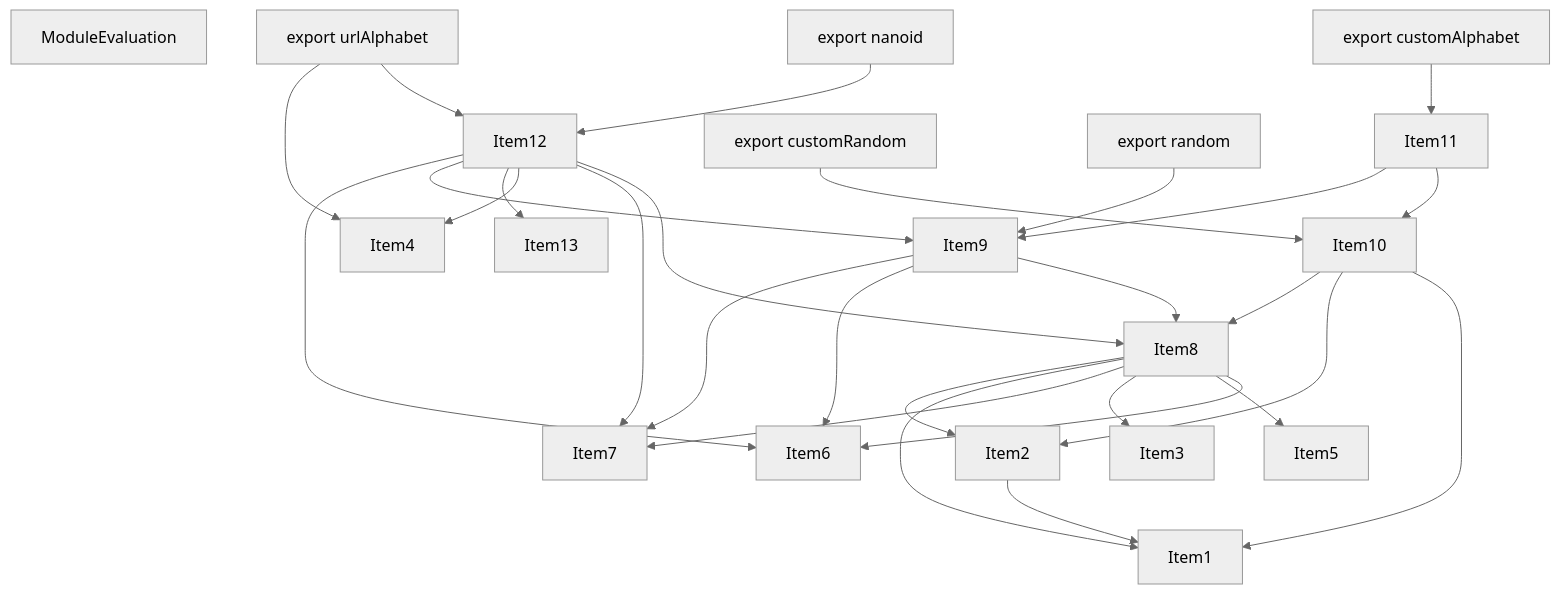
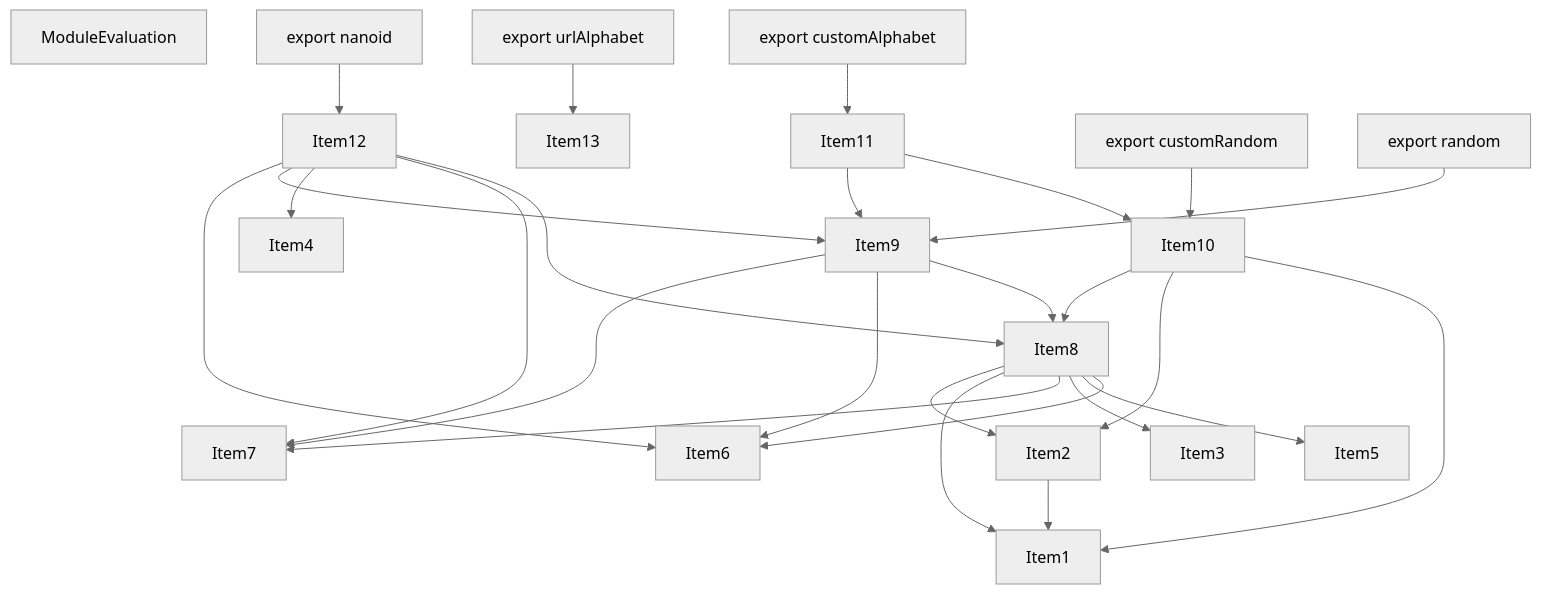
Before and after one commit to penicillin0/next.js: the second of 5 diagrams in turbopack/crates/turbopack-ecmascript/tests/tree-shaker/analyzer/nanoid/output.md, drawn with Mermaid (neutral theme). The commit also changed other lines of this file and 1 other file, not shown here.

````diff
--- a/turbopack/crates/turbopack-ecmascript/tests/tree-shaker/analyzer/nanoid/output.md
+++ b/turbopack/crates/turbopack-ecmascript/tests/tree-shaker/analyzer/nanoid/output.md
@@ -206,55 +206,53 @@
 ```mermaid
 graph TD
     Item1;
     Item3;
     Item2;
     Item4;
     Item5;
     Item6;
     Item7;
     Item8;
     Item9;
     Item10;
     Item11;
     Item12;
     Item13;
     Item14;
     Item14["ModuleEvaluation"];
     Item15;
     Item15["export nanoid"];
     Item16;
     Item16["export customAlphabet"];
     Item17;
     Item17["export customRandom"];
     Item18;
     Item18["export urlAlphabet"];
     Item19;
     Item19["export random"];
     Item2 --> Item1;
     Item8 --> Item6;
     Item8 --> Item5;
     Item8 --> Item3;
     Item8 --> Item7;
     Item8 --> Item1;
     Item8 --> Item2;
     Item9 --> Item8;
     Item9 --> Item6;
     Item9 --> Item7;
     Item10 --> Item1;
     Item10 --> Item2;
     Item10 --> Item8;
     Item11 --> Item10;
     Item11 --> Item9;
     Item12 --> Item8;
     Item12 --> Item7;
     Item12 --> Item4;
-    Item12 --> Item13;
     Item12 --> Item9;
     Item12 --> Item6;
     Item15 --> Item12;
     Item16 --> Item11;
     Item17 --> Item10;
-    Item18 --> Item12;
-    Item18 --> Item4;
+    Item18 --> Item13;
     Item19 --> Item9;
 ```
````
